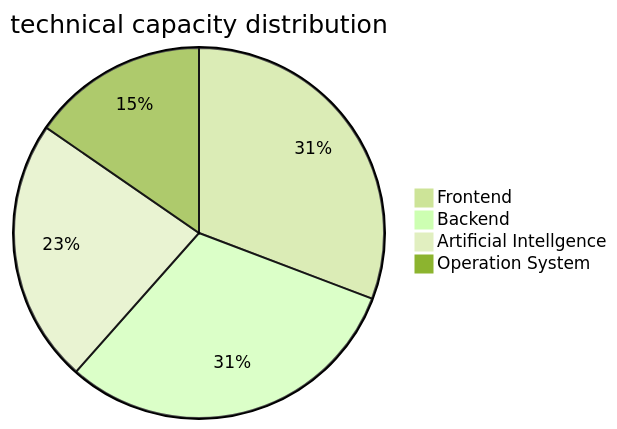
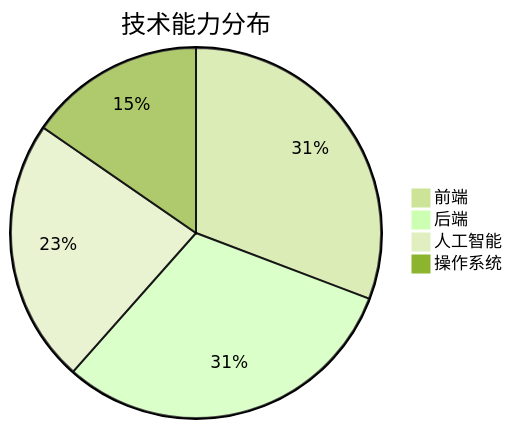
The diagram in README.md (geekmister/geekmister), drawn with Mermaid (forest theme) before and after one commit. The commit also changed other lines of this file, not shown here.

````diff
--- a/README.md
+++ b/README.md
@@ -63,7 +63,7 @@
 ```mermaid
-pie title technical capacity distribution
-    "Frontend" : 4
-    "Backend" : 4
-    "Artificial Intellgence" : 3
-    "Operation System" : 2
+pie title 技术能力分布
+    "前端" : 4
+    "后端" : 4
+    "人工智能" : 3
+    "操作系统" : 2
 ```
````
